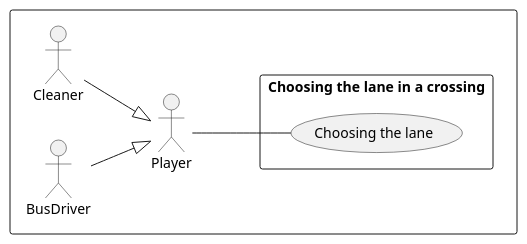
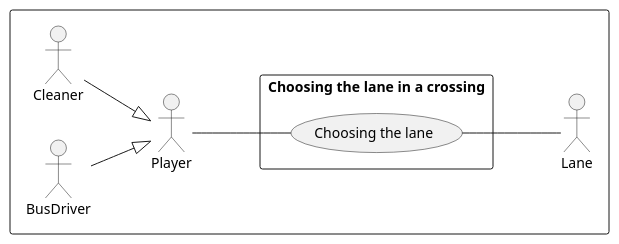
The diagram in UML/5. beadandó/Use-case diagram/choosingTheLane.puml (MiklosBacsi/Hokotro), drawn with PlantUML before and after one commit. The commit also changed 1 other file, not shown here.

```diff
--- a/UML/5. beadandó/Use-case diagram/choosingTheLane.puml
+++ b/UML/5. beadandó/Use-case diagram/choosingTheLane.puml
@@ -1,15 +1,16 @@
 @startuml
 rectangle {
 left to right direction
 
 :Cleaner: --|> :Player: 
 :BusDriver: --|> :Player:
 
 rectangle "Choosing the lane in a crossing" {
-    (Choosing the lane) as usecase1
+    (Choosing the lane) as choose
 }
 
-Player -- usecase1
+Player -- choose
+choose -- :Lane:
 
 }
 @enduml
```
